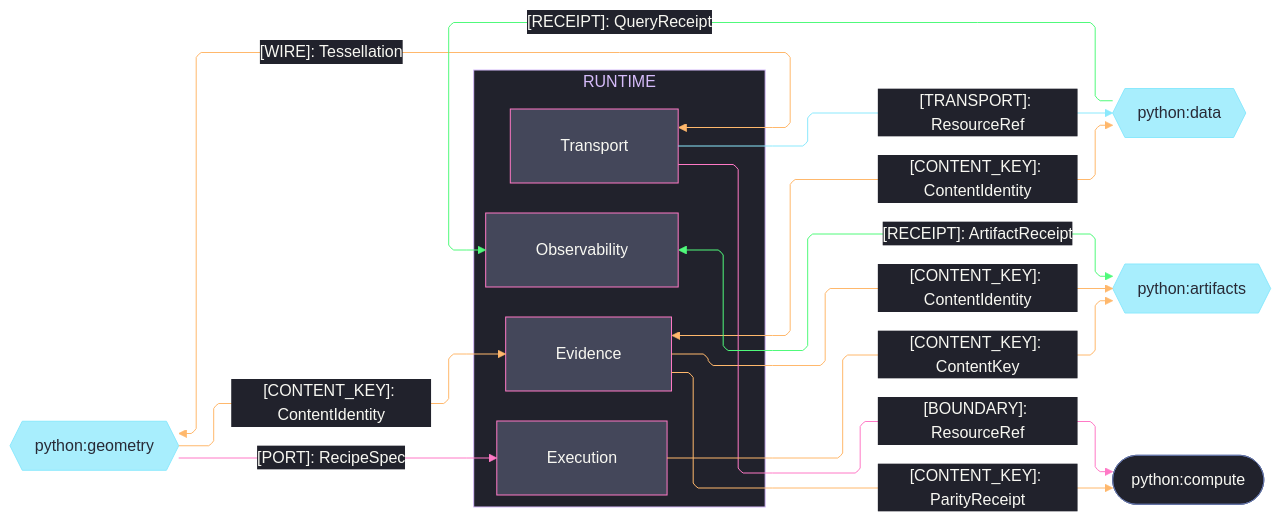
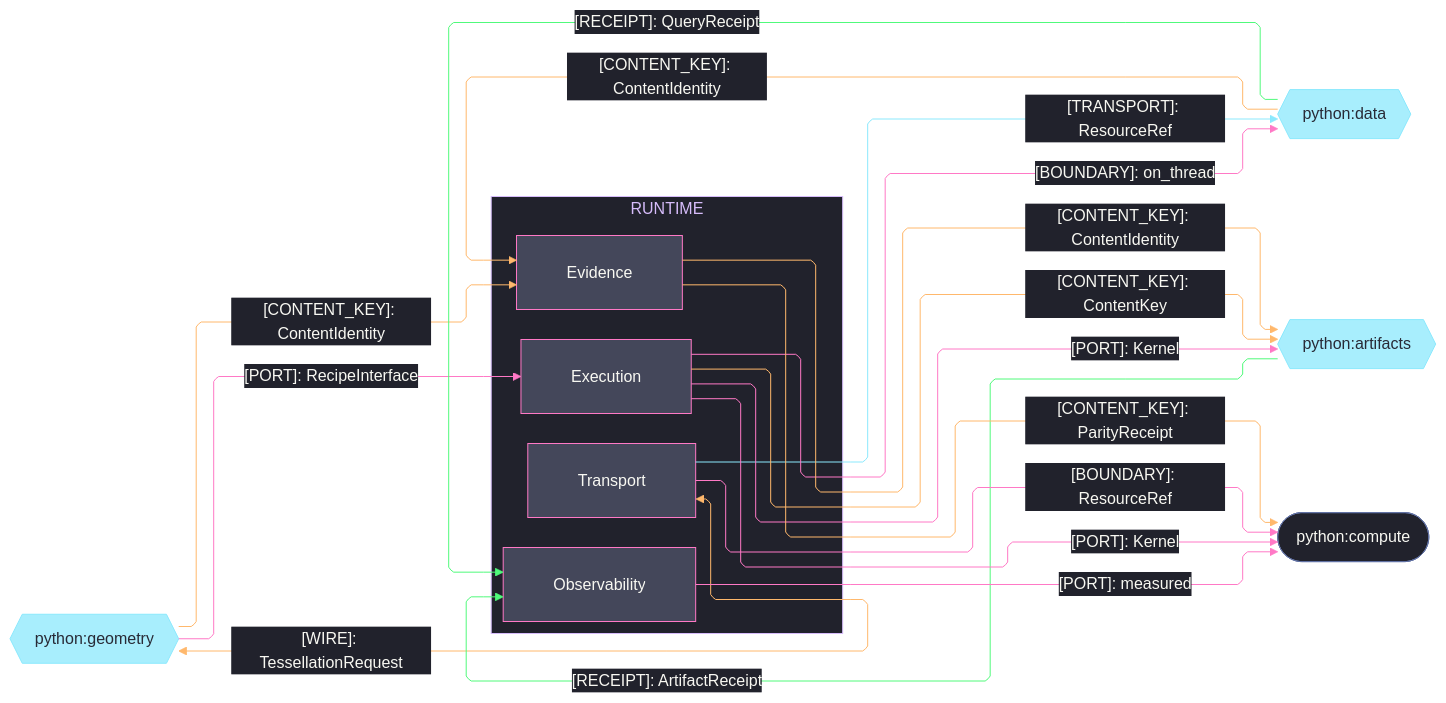
Before and after one commit to bsamiee/Rasm: the second of 3 diagrams in libs/python/runtime/ARCHITECTURE.md, drawn with Mermaid. The commit also changed other lines of this file and 24 other files, not shown here.

Commit message:
architecture: seam registries + codemaps aligned across the estate (worker fabric edges, scene rows, csharp/ts seam mirrors)

````diff
--- a/libs/python/runtime/ARCHITECTURE.md
+++ b/libs/python/runtime/ARCHITECTURE.md
@@ -98,66 +97,70 @@
 ```mermaid
 ---
 config:
   theme: base
   look: classic
   layout: elk
   flowchart:
     curve: linear
     padding: 25
   themeVariables:
     darkMode: true
     fontFamily: "SF Mono, Menlo, Cascadia Mono, Segoe UI Mono, Consolas, monospace"
     useGradient: false
     dropShadow: "none"
     background: "#282A36"
     primaryColor: "#44475A"
     primaryTextColor: "#F8F8F2"
     primaryBorderColor: "#BD93F9"
     lineColor: "#FF79C6"
     textColor: "#F8F8F2"
     clusterBkg: "#21222C"
     clusterBorder: "#D6BCFA"
     edgeLabelBackground: "#21222C"
     labelBackgroundColor: "#21222C"
     titleColor: "#D6BCFA"
   themeCSS: ".nodeLabel{font-size:13px;font-weight:500}.edgeLabel{font-size:12px;font-weight:500}.cluster-label .nodeLabel{font-size:13.5px;font-weight:700;letter-spacing:.08em}.edge-thickness-normal{stroke-width:2px}.edge-thickness-thick{stroke-width:3px}.edge-pattern-dashed,.edge-pattern-dotted{stroke-width:1.5px;stroke-dasharray:4 6}.node rect,.node circle,.node polygon,.node path,.node .outer-path{stroke-width:1.5px;filter:none!important}.cluster rect{stroke-width:1px!important;stroke-dasharray:5 4!important;filter:none!important}.marker path{transform:scale(.8);transform-origin:5px 5px}.marker circle{transform:scale(.48);transform-origin:5px 5px}.edgeLabel rect{transform-box:fill-box;transform-origin:center;transform:scale(1.1,1.2)}"
 ---
 flowchart LR
     accTitle: Runtime cross-package Python seams
     accDescr: Runtime sub-domain owners exchanging content identity, tessellation wire, resource transport, recipe ports, and receipts with the geometry, data, artifacts, and compute Python packages, edge rails colored by kind and nodes classed by seam direction.
     subgraph runtime[RUNTIME]
+        Transport[Transport]
         Evidence[Evidence]
-        Transport[Transport]
+        Observability[Observability]
         Execution[Execution]
-        Observability[Observability]
     end
     Geometry{{python:geometry}}
     Data{{python:data}}
     Artifacts{{python:artifacts}}
     Compute([python:compute])
+    Transport e5@<-->|"[WIRE]: TessellationRequest"| Geometry
     Geometry e1@-->|"[CONTENT_KEY]: ContentIdentity"| Evidence
-    Evidence e2@<-->|"[CONTENT_KEY]: ContentIdentity"| Data
+    Geometry e9@-->|"[PORT]: RecipeInterface"| Execution
+    Data e2@-->|"[CONTENT_KEY]: ContentIdentity"| Evidence
+    Transport e6@-->|"[TRANSPORT]: ResourceRef"| Data
+    Data e11@-->|"[RECEIPT]: QueryReceipt"| Observability
+    Execution e14@-->|"[BOUNDARY]: on_thread"| Data
     Evidence e3@-->|"[CONTENT_KEY]: ContentIdentity"| Artifacts
+    Artifacts e10@-->|"[RECEIPT]: ArtifactReceipt"| Observability
+    Execution e8@-->|"[CONTENT_KEY]: ContentKey"| Artifacts
+    Execution e15@-->|"[PORT]: Kernel"| Artifacts
     Evidence e4@-->|"[CONTENT_KEY]: ParityReceipt"| Compute
-    Transport e5@<-->|"[WIRE]: Tessellation"| Geometry
-    Transport e6@-->|"[TRANSPORT]: ResourceRef"| Data
     Transport e7@-->|"[BOUNDARY]: ResourceRef"| Compute
-    Execution e8@-->|"[CONTENT_KEY]: ContentKey"| Artifacts
-    Geometry e9@-->|"[PORT]: RecipeSpec"| Execution
-    Observability e10@<-->|"[RECEIPT]: ArtifactReceipt"| Artifacts
-    Data e11@-->|"[RECEIPT]: QueryReceipt"| Observability
+    Observability e13@-->|"[PORT]: measured"| Compute
+    Execution e12@-->|"[PORT]: Kernel"| Compute
     classDef primary fill:#44475A,stroke:#FF79C6,color:#F8F8F2
     classDef external fill:#8BE9FDBF,stroke:#8BE9FD,color:#282A36
-    classDef annotation fill:#21222C,stroke:#6272A4,color:#F8F8F2
+    classDef recessed fill:#21222C,stroke:#6272A4,color:#F8F8F2
     classDef edgeData stroke:#FFB86C,color:#F8F8F2
     classDef edgeExternal stroke:#8BE9FD,color:#F8F8F2
     classDef edgeControl stroke:#FF79C6,color:#F8F8F2
     classDef edgeSuccess stroke:#50FA7B,color:#F8F8F2
     class Evidence,Transport,Execution,Observability primary
     class Geometry,Data,Artifacts external
-    class Compute annotation
+    class Compute recessed
     class e1,e2,e3,e4,e5,e8 edgeData
     class e6 edgeExternal
-    class e7,e9 edgeControl
+    class e7,e9,e12,e13,e14,e15 edgeControl
     class e10,e11 edgeSuccess
 ```
````
